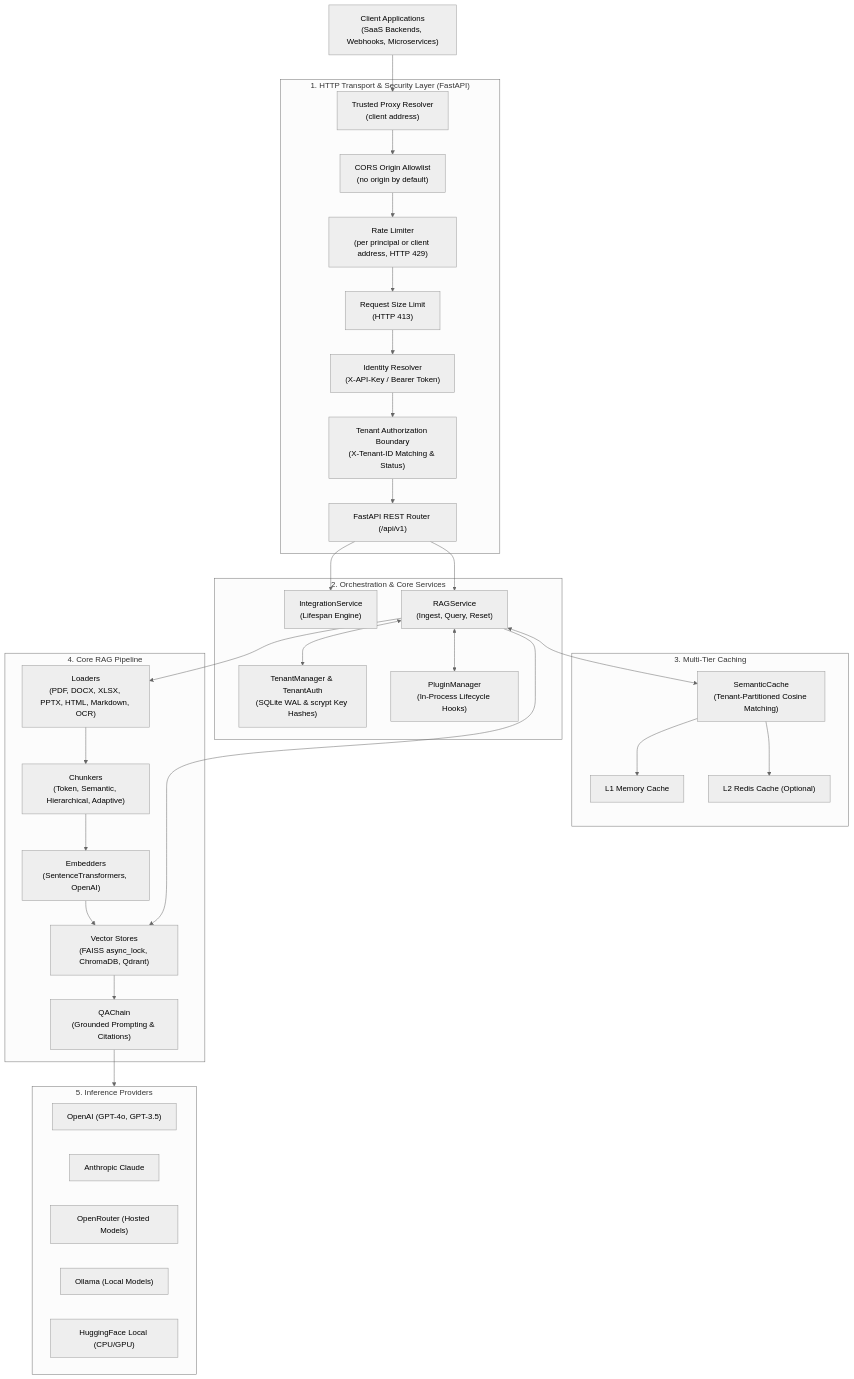
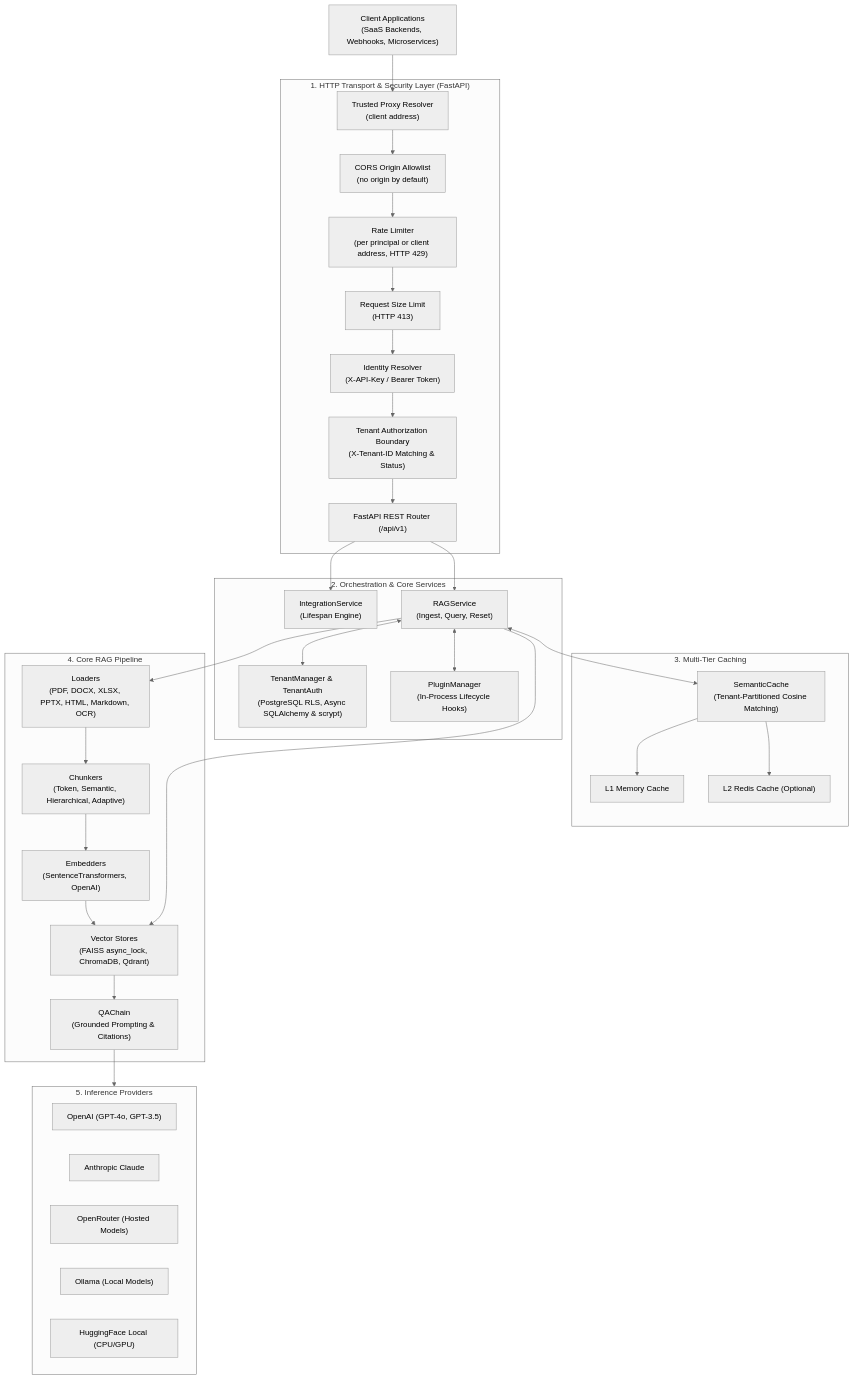
Before and after one commit to dibbed/tenant-rag: the diagram in README.md, drawn with Mermaid (neutral theme). The commit also changed other lines of this file and 10 other files, not shown here.

Commit message:
docs(phase5): document PostgreSQL migration and operations

````diff
--- a/README.md
+++ b/README.md
@@ -131,56 +131,56 @@
 ```mermaid
 flowchart TD
     Client["Client Applications<br/>(SaaS Backends, Webhooks, Microservices)"]
 
     subgraph Transport ["1. HTTP Transport & Security Layer (FastAPI)"]
         RL["Rate Limiter<br/>(per principal or client address, HTTP 429)"]
         BodyLimit["Request Size Limit<br/>(HTTP 413)"]
         Proxy["Trusted Proxy Resolver<br/>(client address)"]
         CORS["CORS Origin Allowlist<br/>(no origin by default)"]
         AuthResolver["Identity Resolver<br/>(X-API-Key / Bearer Token)"]
         TenantBoundary["Tenant Authorization Boundary<br/>(X-Tenant-ID Matching & Status)"]
         APIRouter["FastAPI REST Router (/api/v1)"]
     end
 
     subgraph ServiceLayer ["2. Orchestration & Core Services"]
         IntService["IntegrationService<br/>(Lifespan Engine)"]
         RAGService["RAGService<br/>(Ingest, Query, Reset)"]
-        TenantMgr["TenantManager & TenantAuth<br/>(SQLite WAL & scrypt Key Hashes)"]
+        TenantMgr["TenantManager & TenantAuth<br/>(PostgreSQL RLS, Async SQLAlchemy & scrypt)"]
         PluginMgr["PluginManager<br/>(In-Process Lifecycle Hooks)"]
     end
 
     subgraph CacheSystem ["3. Multi-Tier Caching"]
         SemanticCache["SemanticCache<br/>(Tenant-Partitioned Cosine Matching)"]
         L1Cache["L1 Memory Cache"]
         L2Cache["L2 Redis Cache (Optional)"]
     end
 
     subgraph RAGCore ["4. Core RAG Pipeline"]
         Loaders["Loaders<br/>(PDF, DOCX, XLSX, PPTX, HTML, Markdown, OCR)"]
         Chunkers["Chunkers<br/>(Token, Semantic, Hierarchical, Adaptive)"]
         Embedders["Embedders<br/>(SentenceTransformers, OpenAI)"]
         Stores["Vector Stores<br/>(FAISS async_lock, ChromaDB, Qdrant)"]
         QAChain["QAChain<br/>(Grounded Prompting & Citations)"]
     end
 
     subgraph Providers ["5. Inference Providers"]
         OpenAI["OpenAI (GPT-4o, GPT-3.5)"]
         Claude["Anthropic Claude"]
         OpenRouter["OpenRouter (Hosted Models)"]
         Ollama["Ollama (Local Models)"]
         HFLocal["HuggingFace Local (CPU/GPU)"]
     end
 
     Client --> Proxy --> CORS --> RL --> BodyLimit --> AuthResolver --> TenantBoundary --> APIRouter
     APIRouter --> IntService
     APIRouter --> RAGService
 
     RAGService <--> PluginMgr
     RAGService <--> TenantMgr
     RAGService <--> SemanticCache
 
     RAGService --> Loaders --> Chunkers --> Embedders --> Stores
     RAGService --> Stores --> QAChain --> Providers
     SemanticCache --> L1Cache
     SemanticCache --> L2Cache
 ```
````
